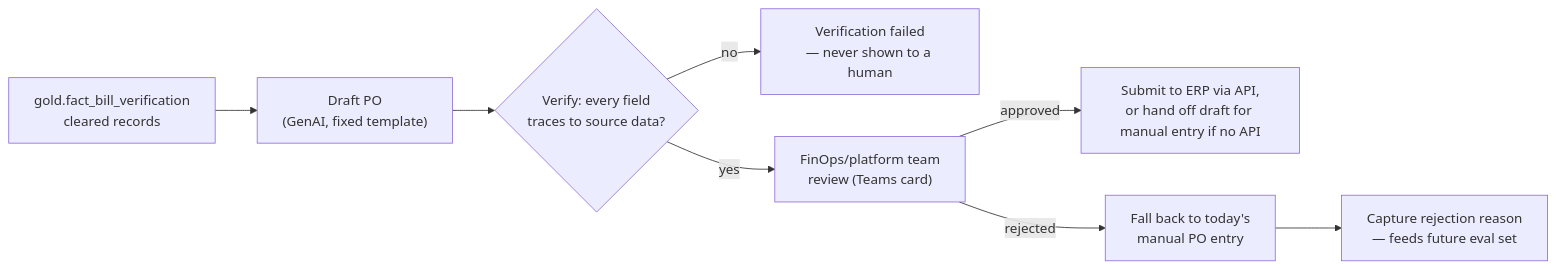
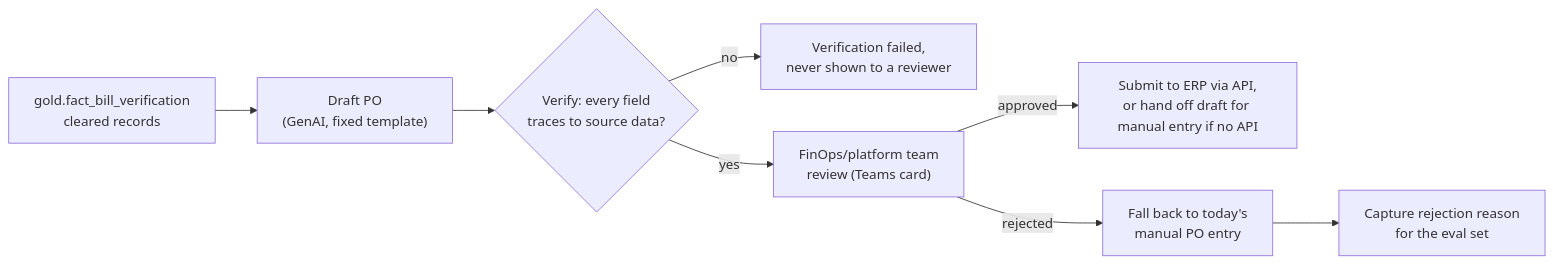
Before and after one commit to mbnest/finops-intelligence-platform: the diagram in docs/Solution_Architecture_PO_Auto_Draft.md, drawn with Mermaid. The commit also changed other lines of this file and 15 other files, not shown here.

First line of the commit message:
Revise architecture docs from review: billing data, ML framing, operating model, rollout, testing, and references

````diff
--- a/docs/Solution_Architecture_PO_Auto_Draft.md
+++ b/docs/Solution_Architecture_PO_Auto_Draft.md
@@ -46,10 +52,10 @@
 ```mermaid
 flowchart LR
     BV["gold.fact_bill_verification<br/>cleared records"] --> DRAFT["Draft PO<br/>(GenAI, fixed template)"]
     DRAFT --> VERIFY{"Verify: every field<br/>traces to source data?"}
-    VERIFY -->|no| FAIL["Verification failed<br/>— never shown to a human"]
+    VERIFY -->|no| FAIL["Verification failed,<br/>never shown to a reviewer"]
     VERIFY -->|yes| HUMAN["FinOps/platform team<br/>review (Teams card)"]
     HUMAN -->|approved| POST["Submit to ERP via API,<br/>or hand off draft for manual entry if no API"]
     HUMAN -->|rejected| MANUAL["Fall back to today's<br/>manual PO entry"]
-    MANUAL --> FEEDBACK["Capture rejection reason<br/>— feeds future eval set"]
+    MANUAL --> FEEDBACK["Capture rejection reason<br/>for the eval set"]
 ```
````
